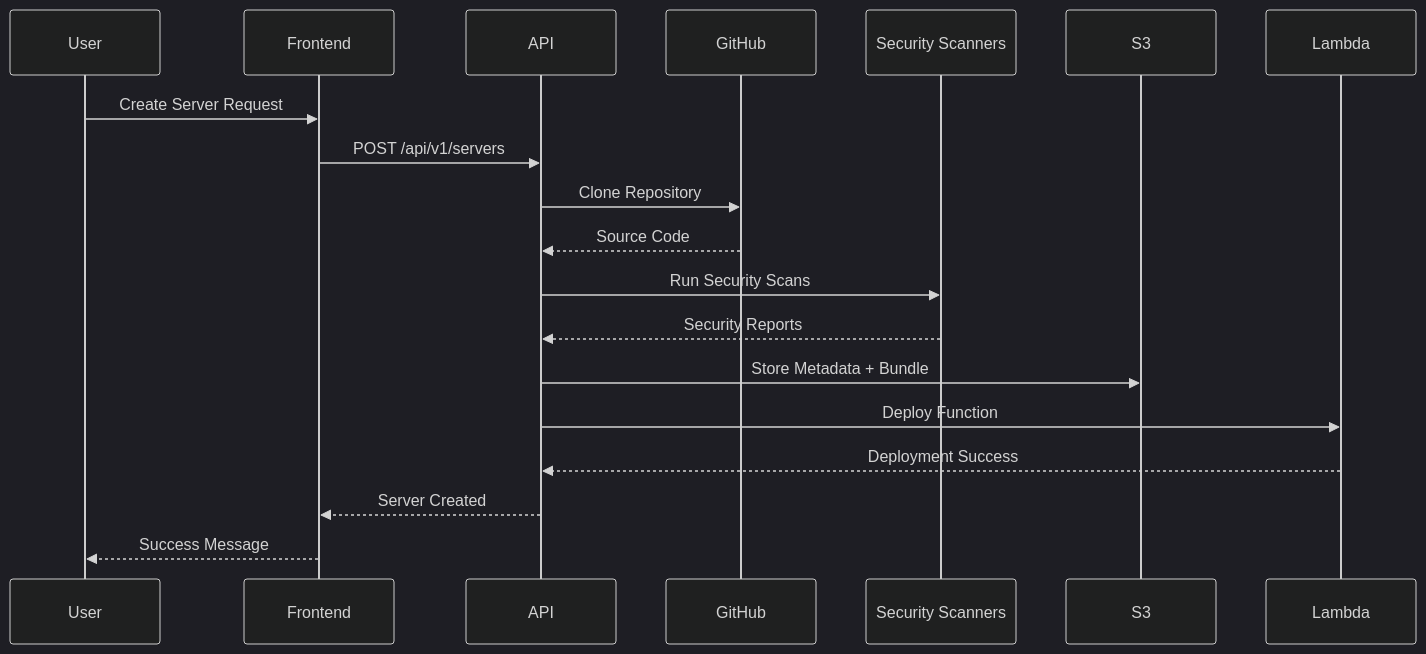
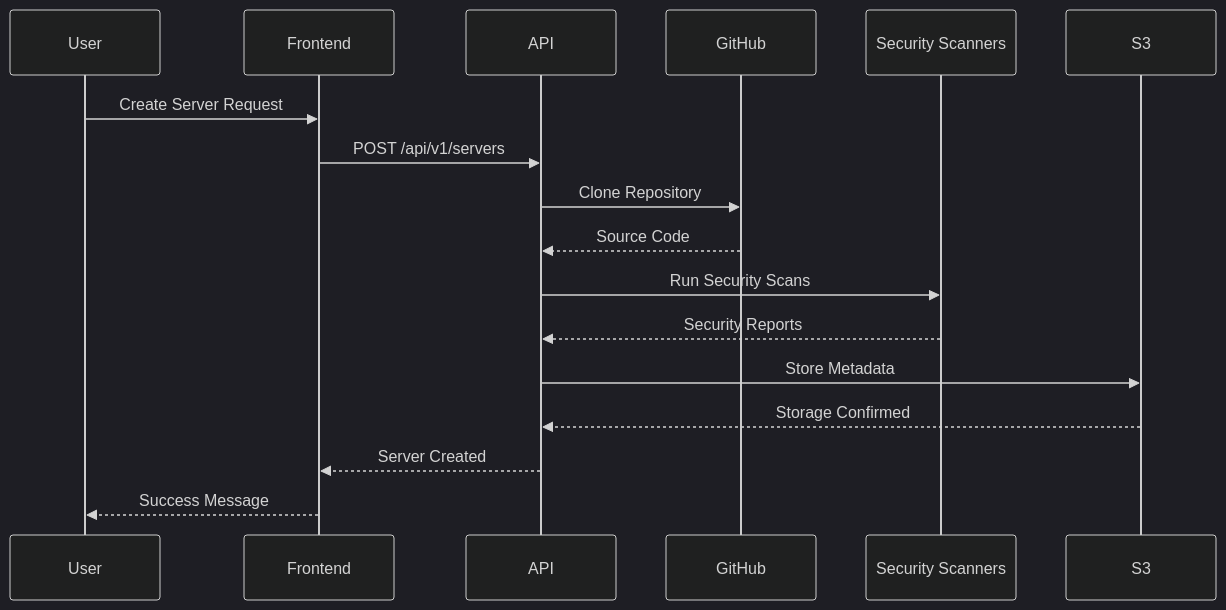
The fourth of 6 diagrams in docs/architecture.mdx (areebahmeddd/SuperBox-FE), drawn with Mermaid (dark theme) before and after one commit. The commit also changed other lines of this file and 33 other files, not shown here.

````diff
--- a/docs/architecture.mdx
+++ b/docs/architecture.mdx
@@ -258,22 +263,20 @@
 ```mermaid
 sequenceDiagram
     participant U as User
     participant F as Frontend
     participant A as API
     participant G as GitHub
     participant SC as Security Scanners
     participant S as S3
-    participant L as Lambda
 
     U->>F: Create Server Request
     F->>A: POST /api/v1/servers
     A->>G: Clone Repository
     G-->>A: Source Code
     A->>SC: Run Security Scans
     SC-->>A: Security Reports
-    A->>S: Store Metadata + Bundle
-    A->>L: Deploy Function
-    L-->>A: Deployment Success
+    A->>S: Store Metadata
+    S-->>A: Storage Confirmed
     A-->>F: Server Created
     F-->>U: Success Message
 ```
````
